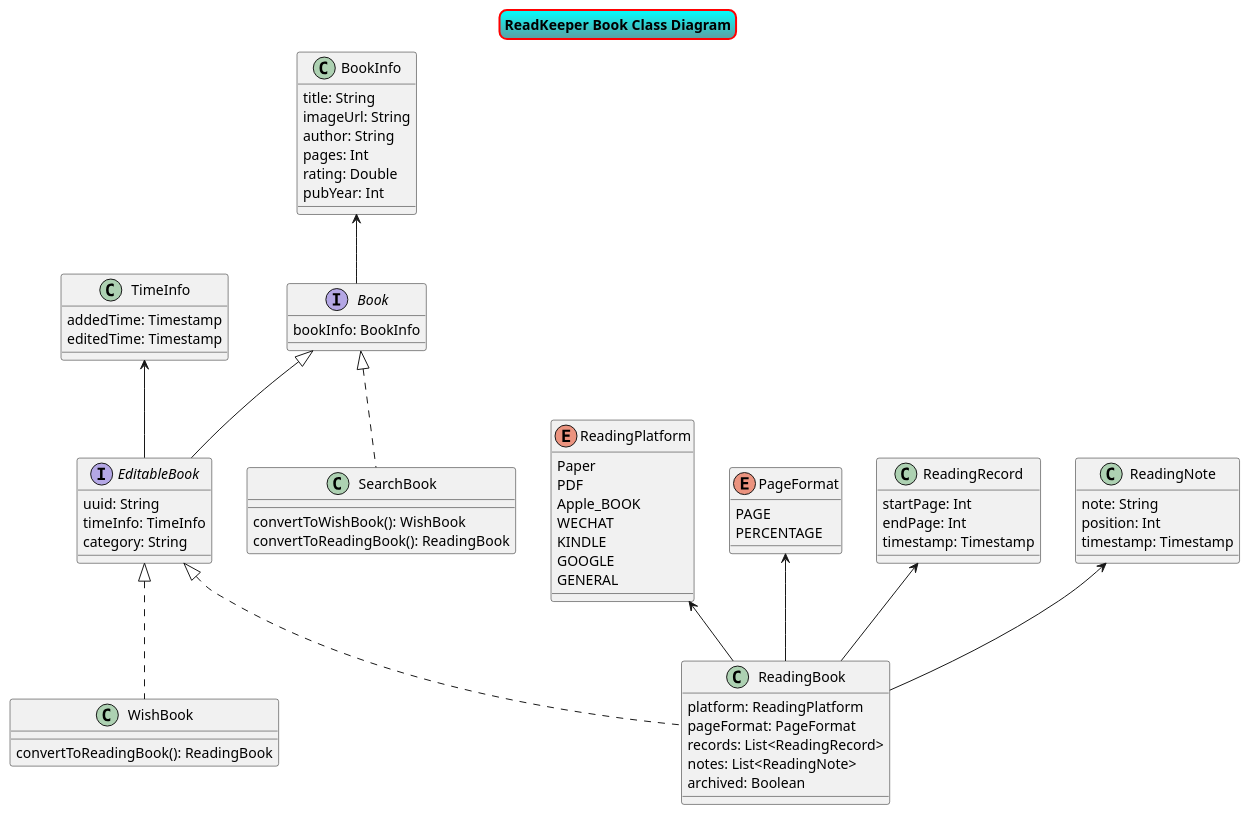
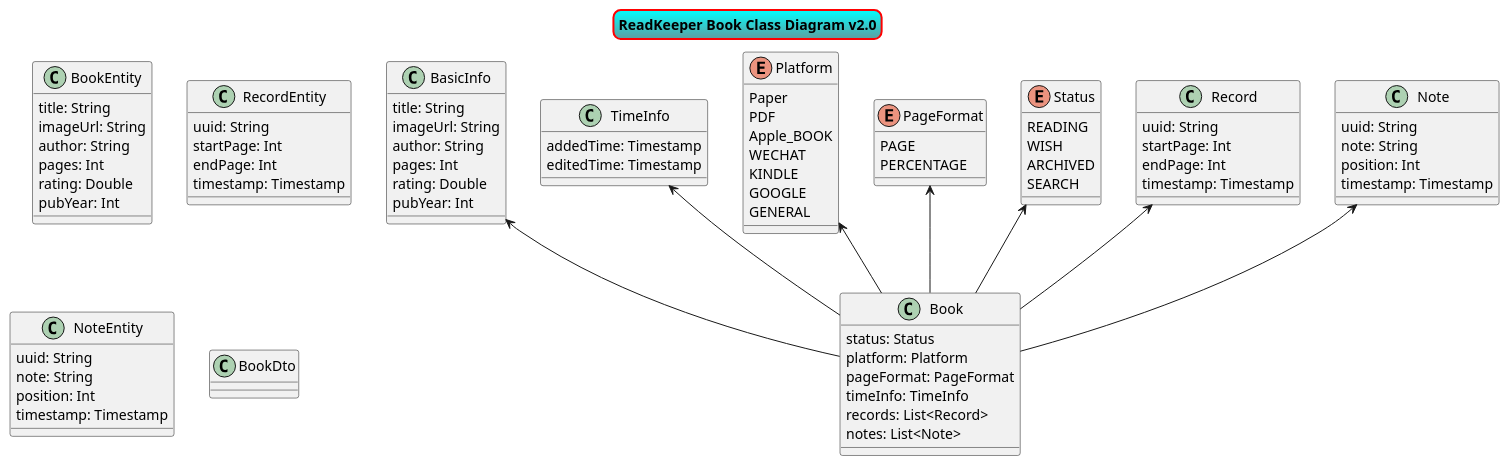
One commit to TinkZhang/ReadKeeper-Android changed the diagram in common/basic/src/main/java/app/tinks/readkeeper/basic/model/Book_Data_Class_Diagram.puml. Above: the diagram before and after it, drawn with PlantUML. The commit also changed 10 other files, not shown here.

```diff
--- a/common/basic/src/main/java/app/tinks/readkeeper/basic/model/Book_Data_Class_Diagram.puml
+++ b/common/basic/src/main/java/app/tinks/readkeeper/basic/model/Book_Data_Class_Diagram.puml
@@ -1,72 +1,90 @@
 @startuml
 skinparam titleBorderRoundCorner 15
 skinparam titleBorderThickness 2
 skinparam titleBorderColor red
 skinparam titleBackgroundColor Aqua-CadetBlue
-title ReadKeeper Book Class Diagram
-class BookInfo {
+title ReadKeeper Book Class Diagram v2.0
+class BasicInfo {
     title: String
     imageUrl: String
     author: String
     pages: Int
     rating: Double
     pubYear: Int
 }
 class TimeInfo {
     addedTime: Timestamp
     editedTime: Timestamp
 }
-enum ReadingPlatform {
+enum Platform {
     Paper
     PDF
     Apple_BOOK
     WECHAT
     KINDLE
     GOOGLE
     GENERAL
 }
 enum PageFormat {
     PAGE
     PERCENTAGE
 }
-class ReadingRecord {
+enum Status {
+    READING
+    WISH
+    ARCHIVED
+    SEARCH
+}
+class Record {
+    uuid: String
     startPage: Int
     endPage: Int
     timestamp: Timestamp
 }
-class ReadingNote {
+class Note {
+    uuid: String
     note: String
     position: Int
     timestamp: Timestamp
 }
-interface EditableBook extends Book {
+
+TimeInfo <-- Book
+BasicInfo <-- Book
+Status <-- Book
+Platform <-- Book
+PageFormat <-- Book
+Record <-- Book
+Note <-- Book
+
+class Book {
+    status: Status
+    platform: Platform
+    pageFormat: PageFormat
+    timeInfo: TimeInfo
+    records: List<Record>
+    notes: List<Note>
+}
+class BookEntity {
+    title: String
+    imageUrl: String
+    author: String
+    pages: Int
+    rating: Double
+    pubYear: Int
+}
+class RecordEntity {
     uuid: String
-    timeInfo: TimeInfo
-    category: String
+    startPage: Int
+    endPage: Int
+    timestamp: Timestamp
 }
+class NoteEntity {
+    uuid: String
+    note: String
+    position: Int
+    timestamp: Timestamp   
+}
+class BookDto {
 
-interface Book {
-    bookInfo: BookInfo
-}
-TimeInfo <-- EditableBook
-BookInfo <-- Book
-ReadingPlatform <-- ReadingBook
-PageFormat <-- ReadingBook
-ReadingRecord <-- ReadingBook
-ReadingNote <-- ReadingBook
-
-class SearchBook implements Book {
-    {method} convertToWishBook(): WishBook
-    {method} convertToReadingBook(): ReadingBook
-}
-class ReadingBook implements EditableBook {
-    platform: ReadingPlatform
-    pageFormat: PageFormat
-    records: List<ReadingRecord>
-    notes: List<ReadingNote>
-    archived: Boolean
-}
-class WishBook implements EditableBook {
-    {method} convertToReadingBook(): ReadingBook
 }
 @enduml
```
